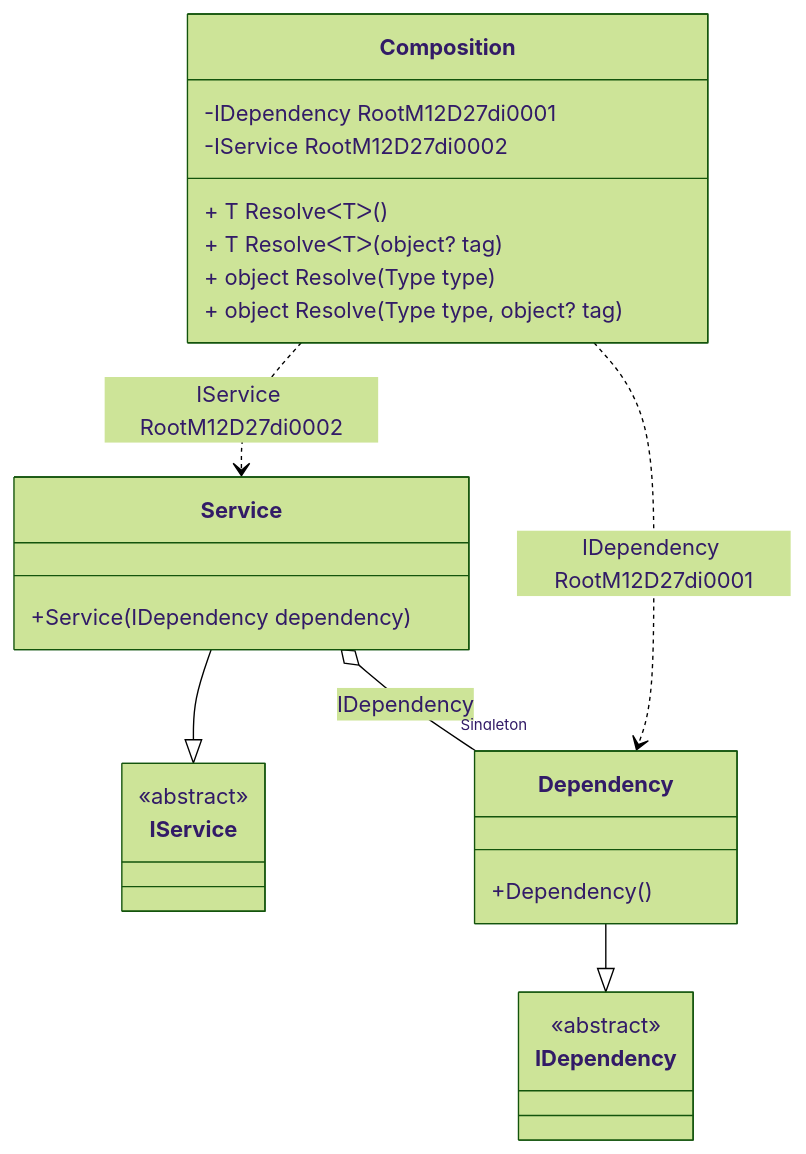
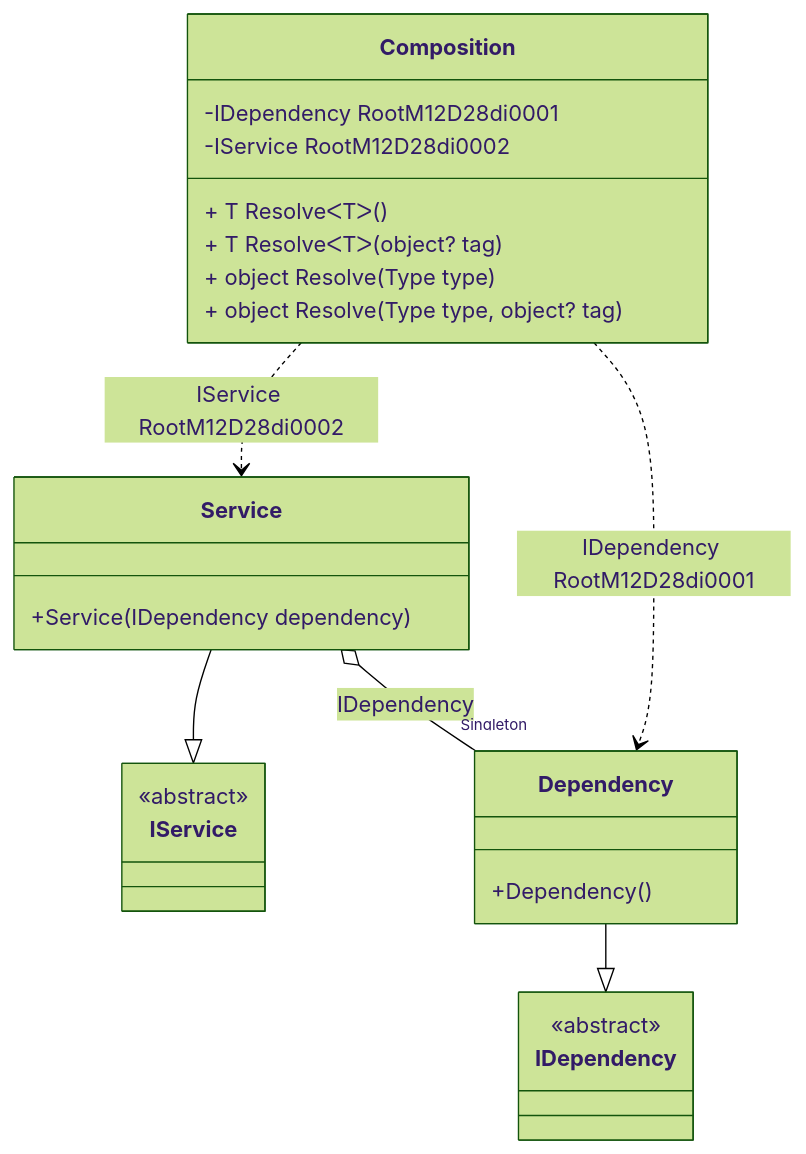
One commit to DevTeam/Pure.DI changed the diagram in readme/service-collection.md. Above: the diagram before and after it, drawn with Mermaid (forest theme). The commit also changed other lines of this file and 77 other files, not shown here.

````diff
--- a/readme/service-collection.md
+++ b/readme/service-collection.md
@@ -47,28 +47,28 @@
 ```mermaid
 classDiagram
   class Composition {
-    -IDependency RootM12D27di0001
-    -IService RootM12D27di0002
+    -IDependency RootM12D28di0001
+    -IService RootM12D28di0002
     + T ResolveᐸTᐳ()
     + T ResolveᐸTᐳ(object? tag)
     + object Resolve(Type type)
     + object Resolve(Type type, object? tag)
   }
   Service --|> IService : 
   class Service {
     +Service(IDependency dependency)
   }
   Dependency --|> IDependency : 
   class Dependency {
     +Dependency()
   }
   class IService {
     <<abstract>>
   }
   class IDependency {
     <<abstract>>
   }
   Service o--  "Singleton" Dependency : IDependency
-  Composition ..> Dependency : IDependency RootM12D27di0001
-  Composition ..> Service : IService RootM12D27di0002
+  Composition ..> Dependency : IDependency RootM12D28di0001
+  Composition ..> Service : IService RootM12D28di0002
 ```
````
